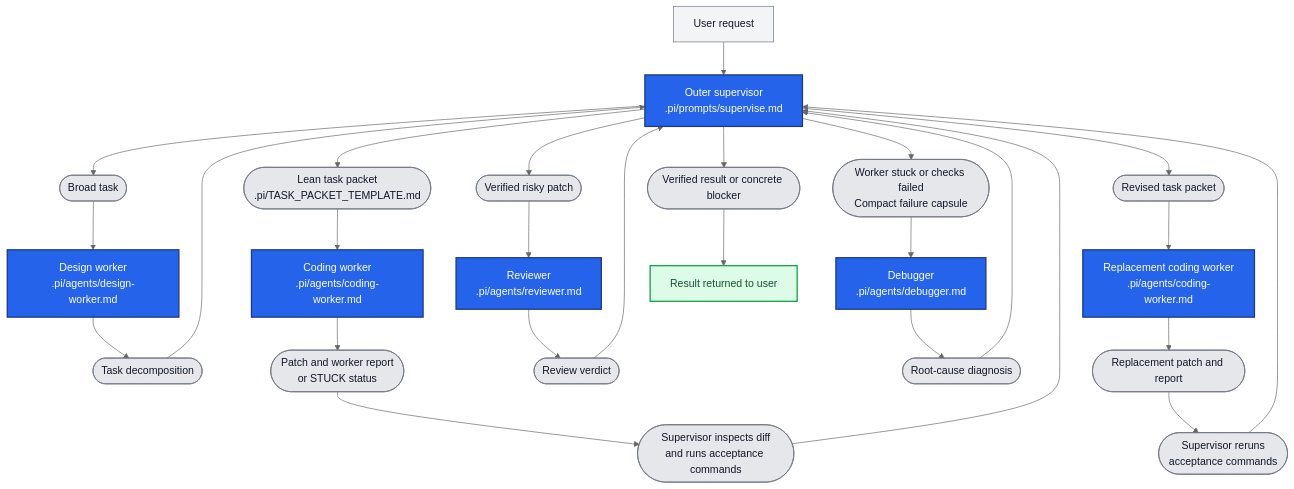
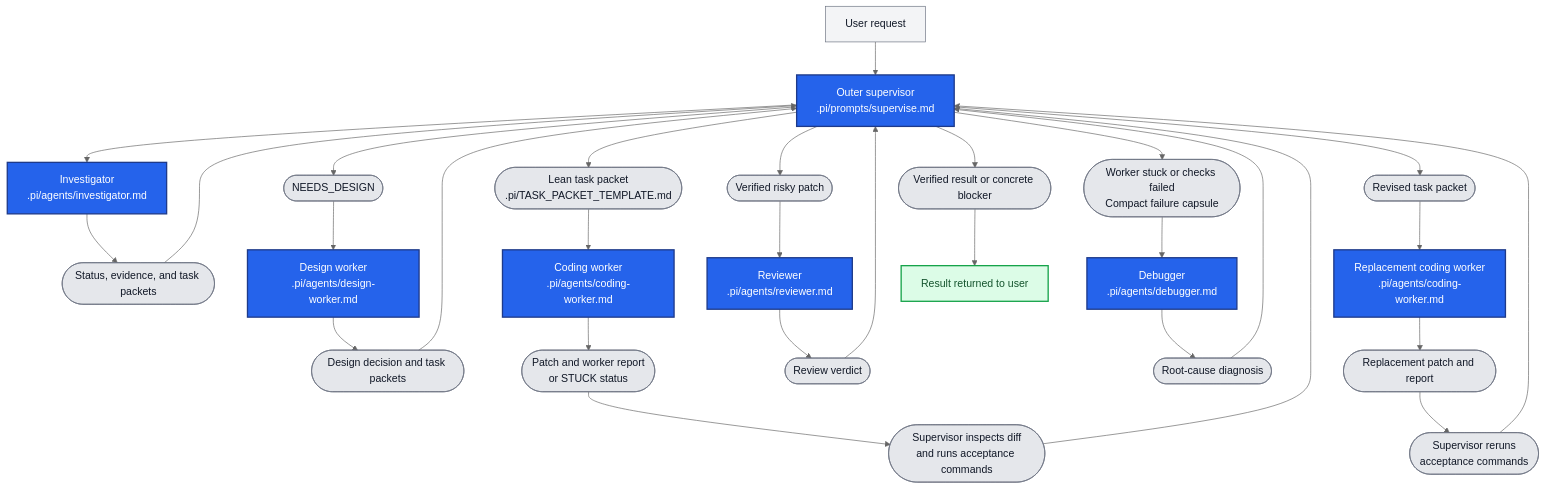
The diagram in README.md (nobody-qwert/pi_agents), drawn with Mermaid (neutral theme) before and after one commit. The commit also changed other lines of this file and 3 other files, not shown here.

````diff
--- a/README.md
+++ b/README.md
@@ -131,44 +134,48 @@
 ```mermaid
 graph TB
     U["User request"] --> S["Outer supervisor<br/>.pi/prompts/supervise.md"]
 
-    S --> H1(["Broad task"])
-    H1 --> DW["Design worker<br/>.pi/agents/design-worker.md"]
-    DW --> H2(["Task decomposition"])
-    H2 --> S
+    S --> I["Investigator<br/>.pi/agents/investigator.md"]
+    I --> H1(["Status, evidence, and task packets"])
+    H1 --> S
+
+    S --> H2(["NEEDS_DESIGN"])
+    H2 --> DW["Design worker<br/>.pi/agents/design-worker.md"]
+    DW --> H2B(["Design decision and task packets"])
+    H2B --> S
 
     S --> H3(["Lean task packet<br/>.pi/TASK_PACKET_TEMPLATE.md"])
     H3 --> CW["Coding worker<br/>.pi/agents/coding-worker.md"]
     CW --> H4(["Patch and worker report<br/>or STUCK status"])
     H4 --> H5(["Supervisor inspects diff<br/>and runs acceptance commands"])
     H5 --> S
 
     S --> H6(["Verified risky patch"])
     H6 --> R["Reviewer<br/>.pi/agents/reviewer.md"]
     R --> H7(["Review verdict"])
     H7 --> S
 
     S --> H8(["Worker stuck or checks failed<br/>Compact failure capsule"])
     H8 --> D["Debugger<br/>.pi/agents/debugger.md"]
     D --> H9(["Root-cause diagnosis"])
     H9 --> S
 
     S --> H10(["Revised task packet"])
     H10 --> CW2["Replacement coding worker<br/>.pi/agents/coding-worker.md"]
     CW2 --> H11(["Replacement patch and report"])
     H11 --> H12(["Supervisor reruns<br/>acceptance commands"])
     H12 --> S
 
     S --> H13(["Verified result or concrete blocker"])
     H13 --> O["Result returned to user"]
 
     classDef agent fill:#2563eb,color:#ffffff,stroke:#1e3a8a,stroke-width:2px
     classDef handoff fill:#e5e7eb,color:#111827,stroke:#6b7280,stroke-width:1px
     classDef input fill:#f3f4f6,color:#111827,stroke:#6b7280,stroke-width:1px
     classDef outcome fill:#dcfce7,color:#14532d,stroke:#16a34a,stroke-width:2px
 
-    class S,DW,CW,R,D,CW2 agent
-    class H1,H2,H3,H4,H5,H6,H7,H8,H9,H10,H11,H12,H13 handoff
+    class S,I,DW,CW,R,D,CW2 agent
+    class H1,H2,H2B,H3,H4,H5,H6,H7,H8,H9,H10,H11,H12,H13 handoff
     class U input
     class O outcome
 ```
````
